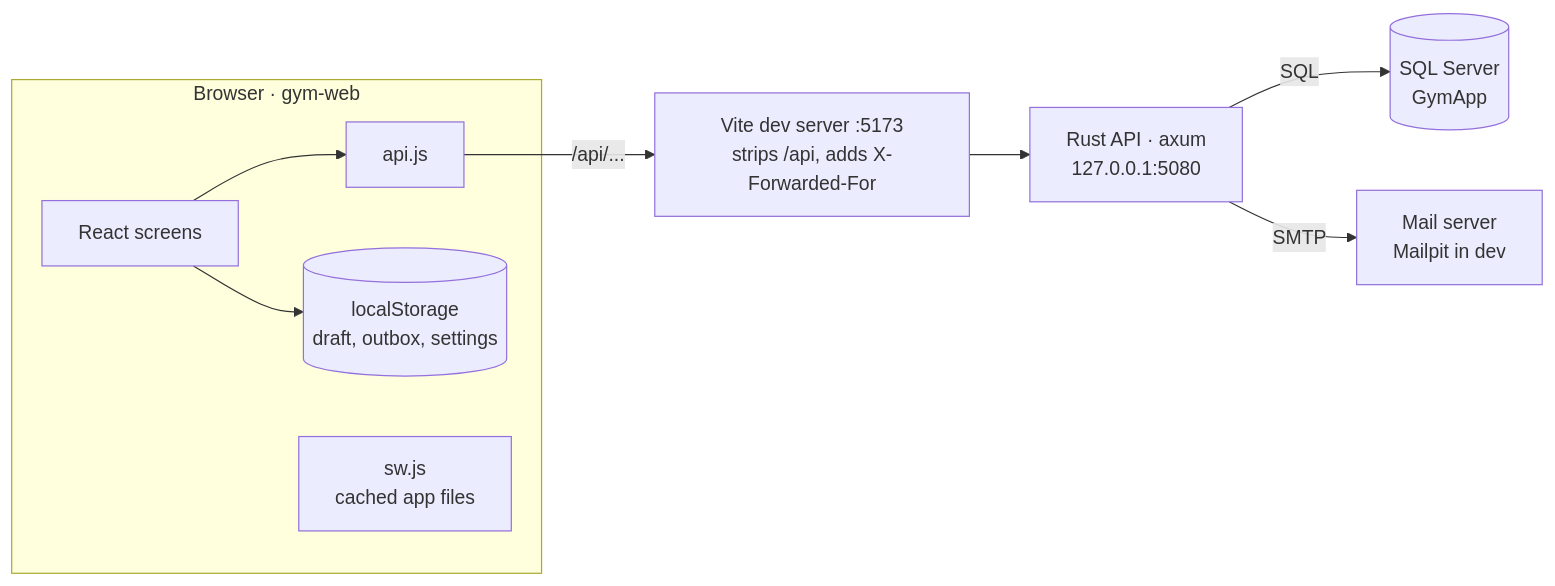
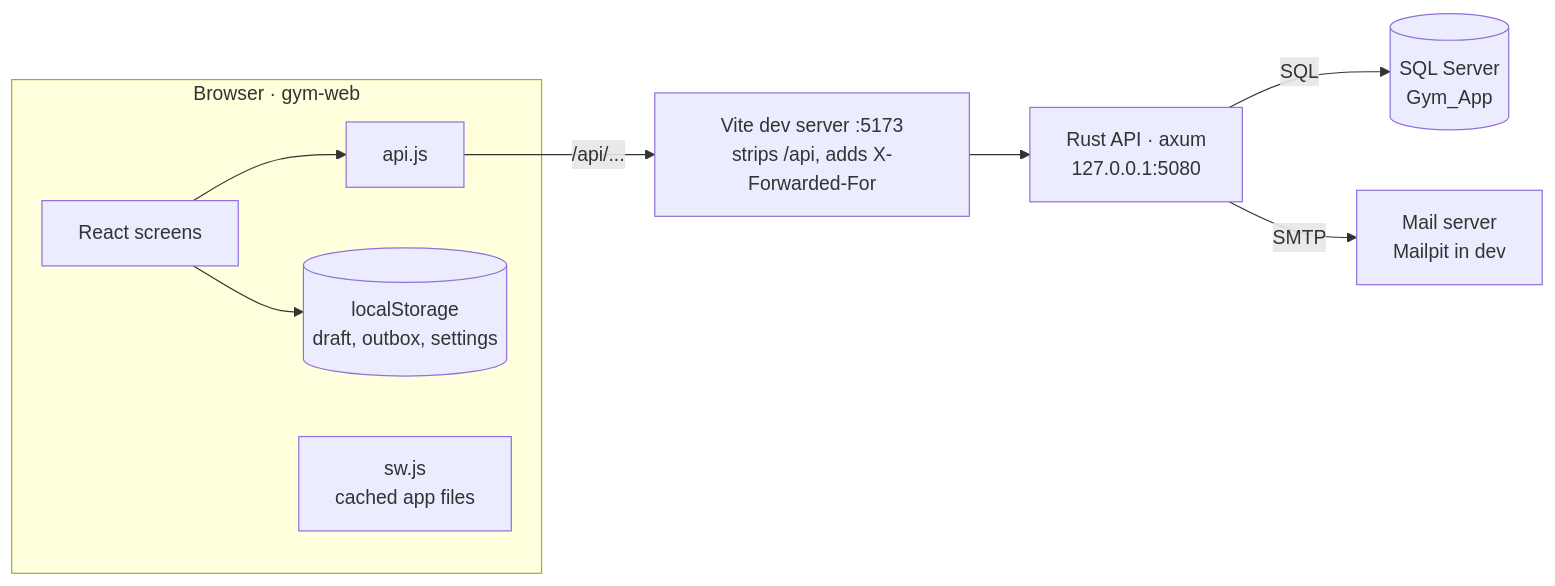
Before and after one commit to jetthomas/gymapp: the first of 3 diagrams in README.md, drawn with Mermaid. The commit also changed other lines of this file and 31 other files, not shown here.

````diff
--- a/README.md
+++ b/README.md
@@ -192,12 +200,12 @@
 ```mermaid
 flowchart LR
     subgraph Browser["Browser · gym-web"]
         UI["React screens"] --> API_JS["api.js"]
         UI --> LS[("localStorage<br/>draft, outbox, settings")]
         SW["sw.js<br/>cached app files"]
     end
     API_JS -- "/api/..." --> Vite["Vite dev server :5173<br/>strips /api, adds X-Forwarded-For"]
     Vite --> Rust["Rust API · axum<br/>127.0.0.1:5080"]
-    Rust -- SQL --> DB[("SQL Server<br/>GymApp")]
+    Rust -- SQL --> DB[("SQL Server<br/>Gym_App")]
     Rust -- SMTP --> Mail["Mail server<br/>Mailpit in dev"]
 ```
````
